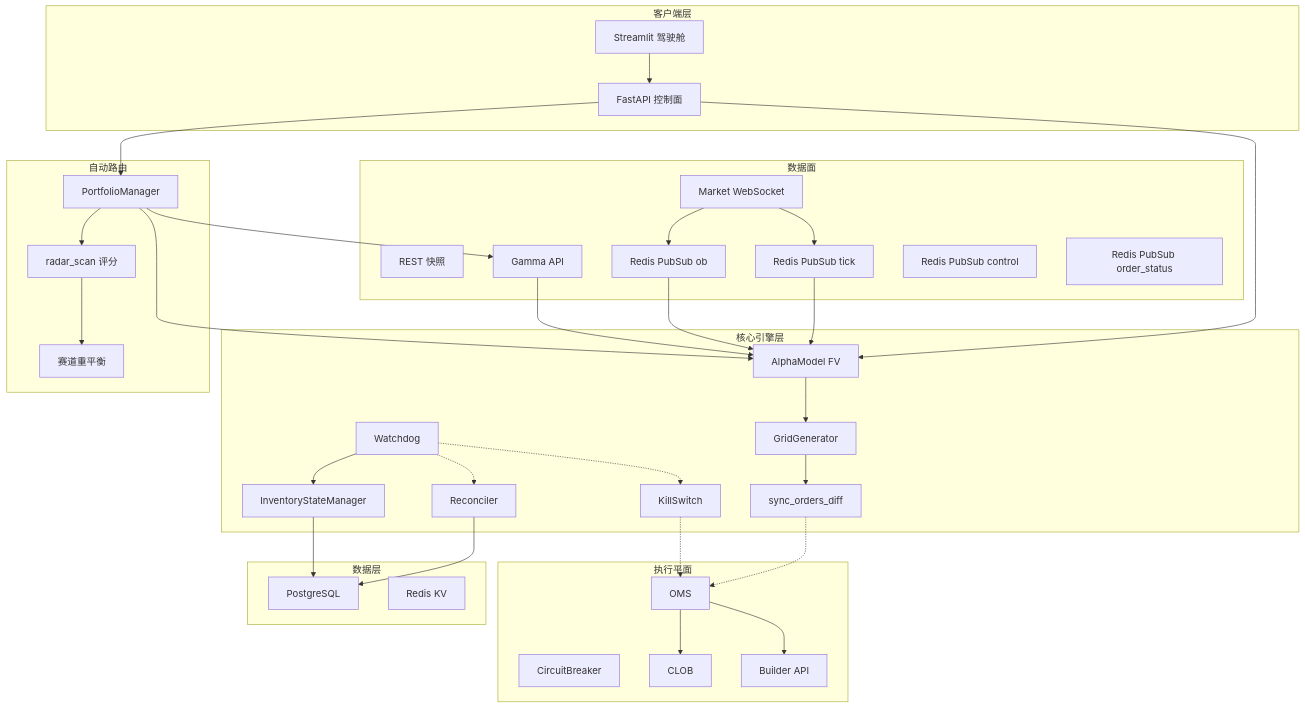
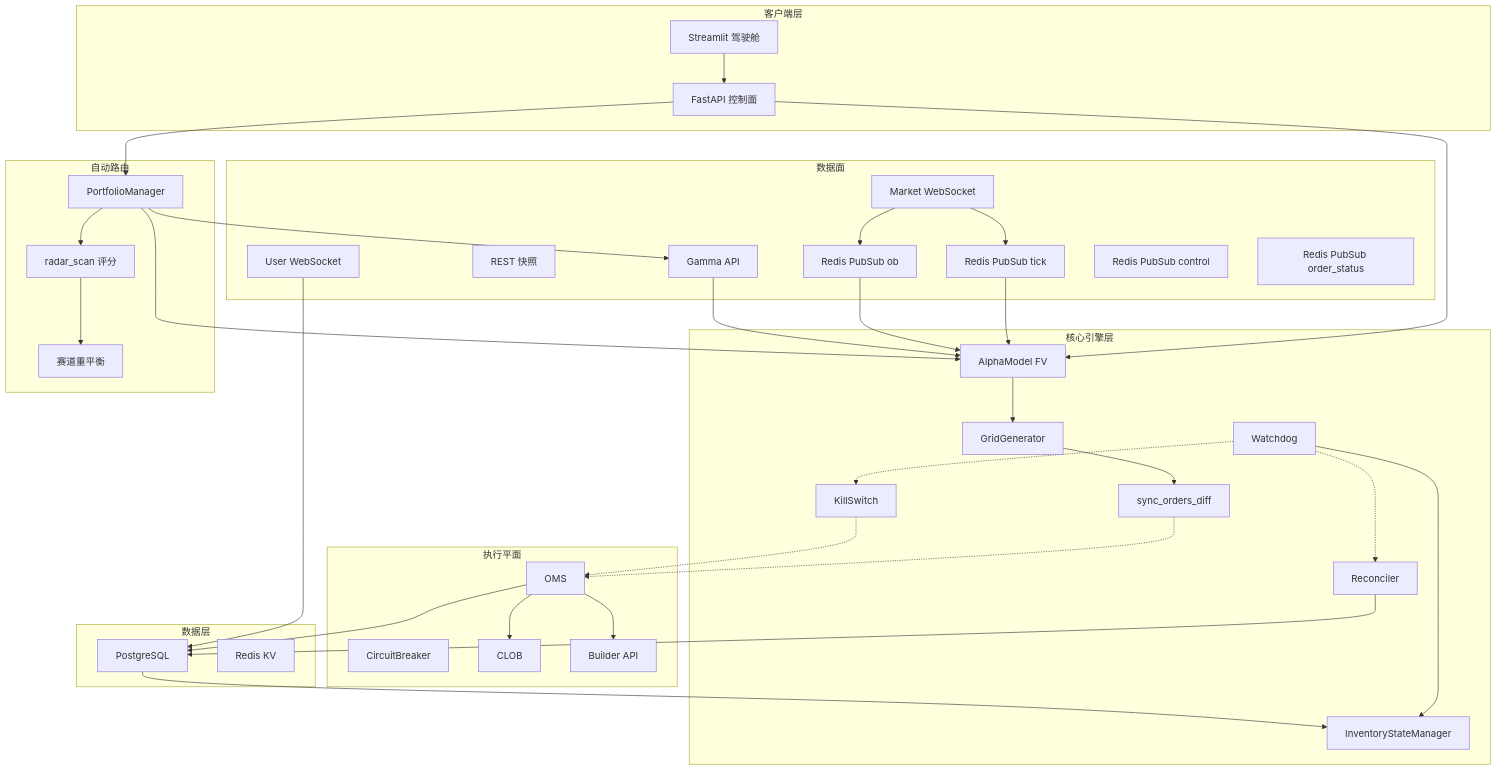
Before and after one commit to liu-kaining/PolyMatrixEngine: the diagram in spec/architecture_diagrams/01_system_overview.md, drawn with Mermaid. The commit also changed other lines of this file and 89 other files, not shown here.

````diff
--- a/spec/architecture_diagrams/01_system_overview.md
+++ b/spec/architecture_diagrams/01_system_overview.md
@@ -5,63 +5,66 @@
 ```mermaid
 flowchart TB
     subgraph S1["客户端层"]
         N1["Streamlit 驾驶舱"]
         N2["FastAPI 控制面"]
     end
     subgraph S2["数据面"]
         N3["Market WebSocket"]
+        N26["User WebSocket"]
         N4["REST 快照"]
         N5["Gamma API"]
         N6["Redis PubSub tick"]
         N7["Redis PubSub ob"]
         N8["Redis PubSub control"]
         N9["Redis PubSub order_status"]
     end
     subgraph S3["核心引擎层"]
         N10["AlphaModel FV"]
         N11["GridGenerator"]
         N12["sync_orders_diff"]
         N13["Watchdog"]
         N14["KillSwitch"]
         N15["Reconciler"]
         N16["InventoryStateManager"]
     end
     subgraph S4["执行平面"]
         N17["OMS"]
         N18["CircuitBreaker"]
         N19["CLOB"]
         N20["Builder API"]
     end
     subgraph S5["数据层"]
         N21["PostgreSQL"]
         N22["Redis KV"]
     end
     subgraph S6["自动路由"]
         N23["PortfolioManager"]
         N24["radar_scan 评分"]
         N25["赛道重平衡"]
     end
     N1 --> N2
     N2 --> N10
     N2 --> N23
     N3 --> N6
     N3 --> N7
+    N26 --> N21
     N6 --> N10
     N7 --> N10
     N5 --> N10
     N10 --> N11
     N11 --> N12
     N12 -.-> N17
     N17 --> N19
     N17 --> N20
+    N17 --> N21
     N13 --> N16
     N13 -.-> N14
     N13 -.-> N15
     N14 -.-> N17
     N15 --> N21
-    N16 --> N21
+    N21 --> N16
     N23 --> N24
     N24 --> N25
     N23 --> N10
     N23 --> N5
 ```
````
